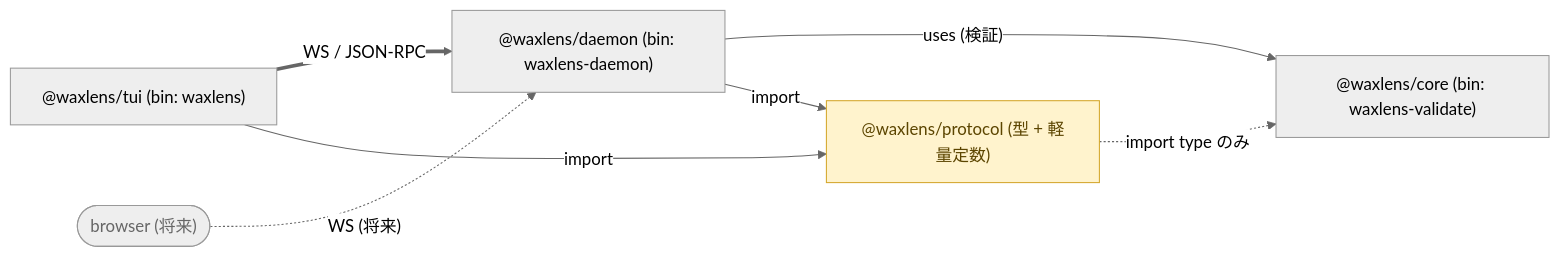
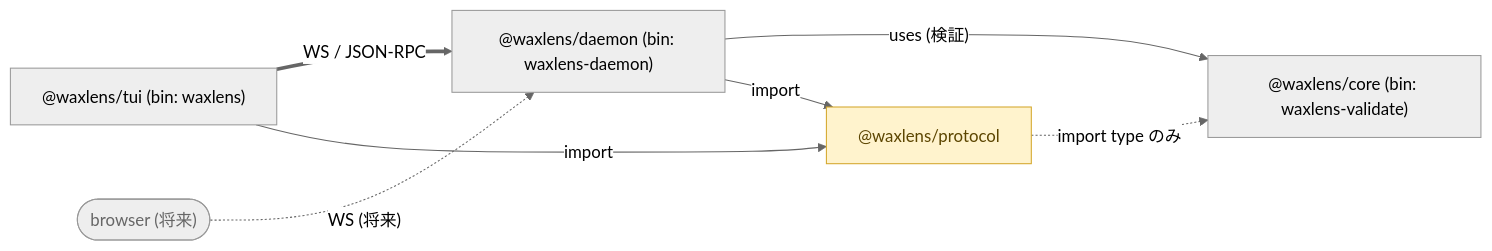
Before and after one commit to uraitakahito/waxlens: the diagram in README.md, drawn with Mermaid (neutral theme). The commit also changed other lines of this file, not shown here.

First line of the commit message:
docs: drop the diagram legend and protocol gloss

````diff
--- a/README.md
+++ b/README.md
@@ -9,14 +9,14 @@
 ```mermaid
 flowchart LR
     tui["@waxlens/tui (bin: waxlens)"] ==>|"WS / JSON-RPC"| daemon["@waxlens/daemon (bin: waxlens-daemon)"]
     browser(["browser (将来)"]) -.->|"WS (将来)"| daemon
     daemon -->|"uses (検証)"| core["@waxlens/core (bin: waxlens-validate)"]
-    tui -->|import| protocol["@waxlens/protocol (型 + 軽量定数)"]
+    tui -->|import| protocol["@waxlens/protocol"]
     daemon -->|import| protocol
     protocol -.->|"import type のみ"| core
 
     classDef contract fill:#fff3cd,stroke:#d4a72c,color:#5c4500;
     classDef future fill:#eeeeee,stroke:#999999,color:#666666;
     class protocol contract;
     class browser future;
 ```
````
